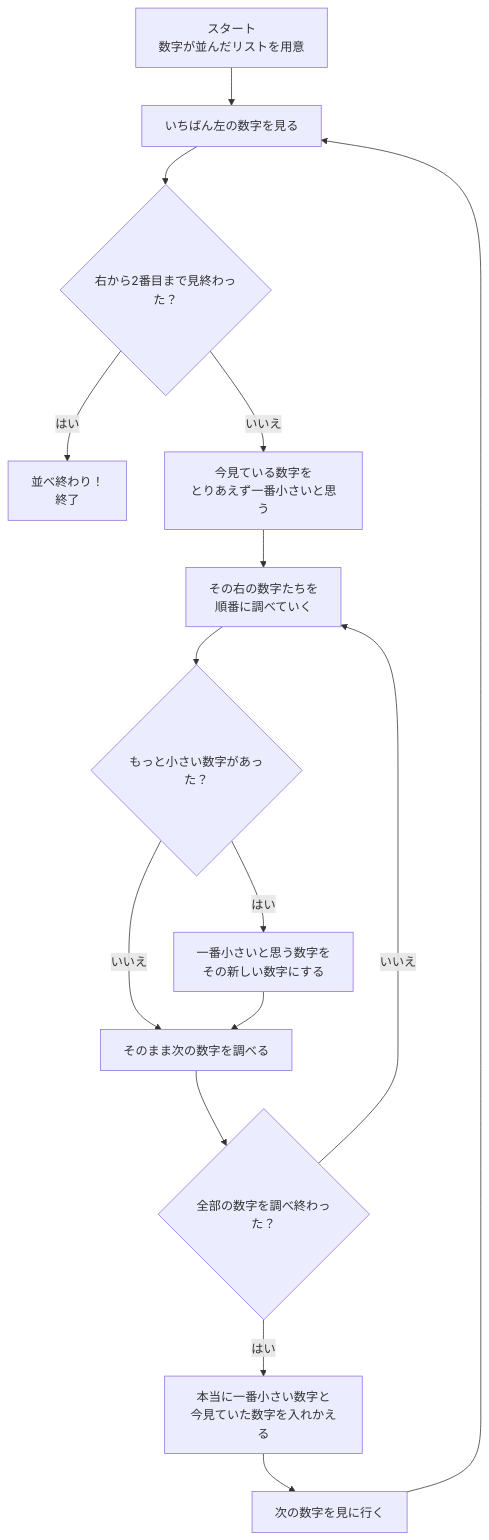
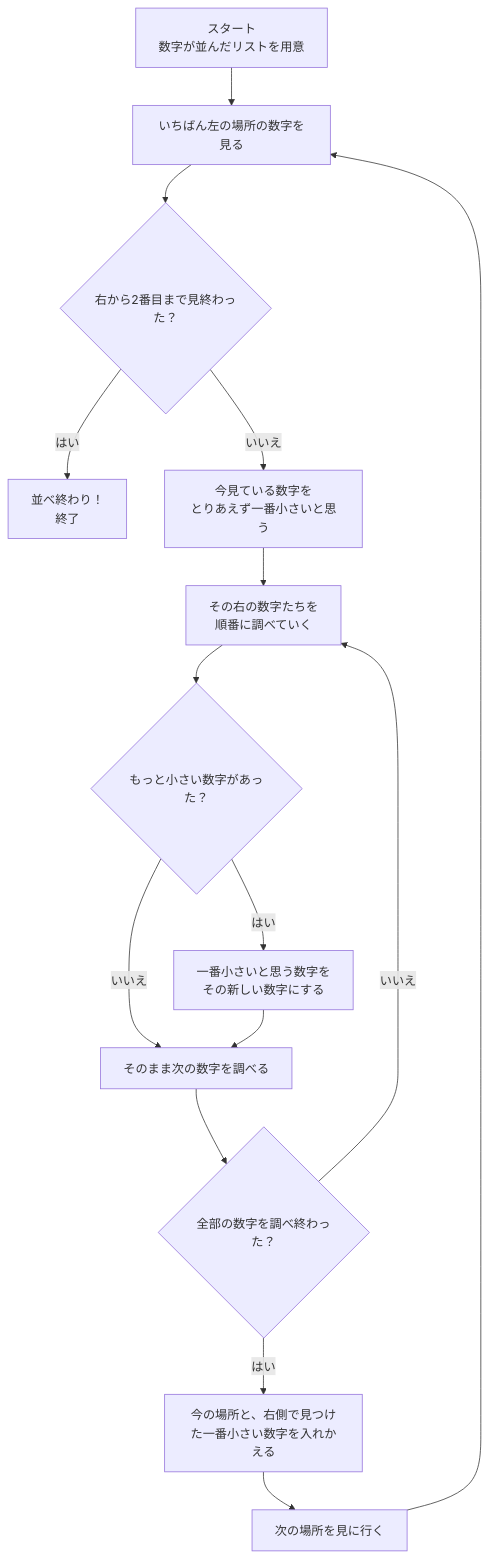
One commit to wtrdr/aoki-mid-school-2025 changed the diagram in selection-sort.md. Above: the diagram before and after it, drawn with Mermaid.

````diff
--- a/selection-sort.md
+++ b/selection-sort.md
@@ -1,17 +1,17 @@
 ```mermaid
 flowchart TD
-    A[スタート<br>数字が並んだリストを用意] --> B[いちばん左の数字を見る]
+    A[スタート<br>数字が並んだリストを用意] --> B[いちばん左の場所の数字を見る]
     B --> C{右から2番目まで見終わった？}
     C -- はい --> Z[並べ終わり！<br>終了]
     C -- いいえ --> D[今見ている数字を<br>とりあえず一番小さいと思う]
     D --> E[その右の数字たちを<br>順番に調べていく]
     E --> F{もっと小さい数字があった？}
     F -- はい --> G[一番小さいと思う数字を<br>その新しい数字にする]
     F -- いいえ --> H[そのまま次の数字を調べる]
     G --> H
     H --> I{全部の数字を調べ終わった？}
     I -- いいえ --> E
-    I -- はい --> J[本当に一番小さい数字と<br>今見ていた数字を入れかえる]
-    J --> K[次の数字を見に行く]
+    I -- はい --> J[今の場所と、右側で見つけた一番小さい数字を入れかえる]
+    J --> K[次の場所を見に行く]
     K --> B
 ```
````
